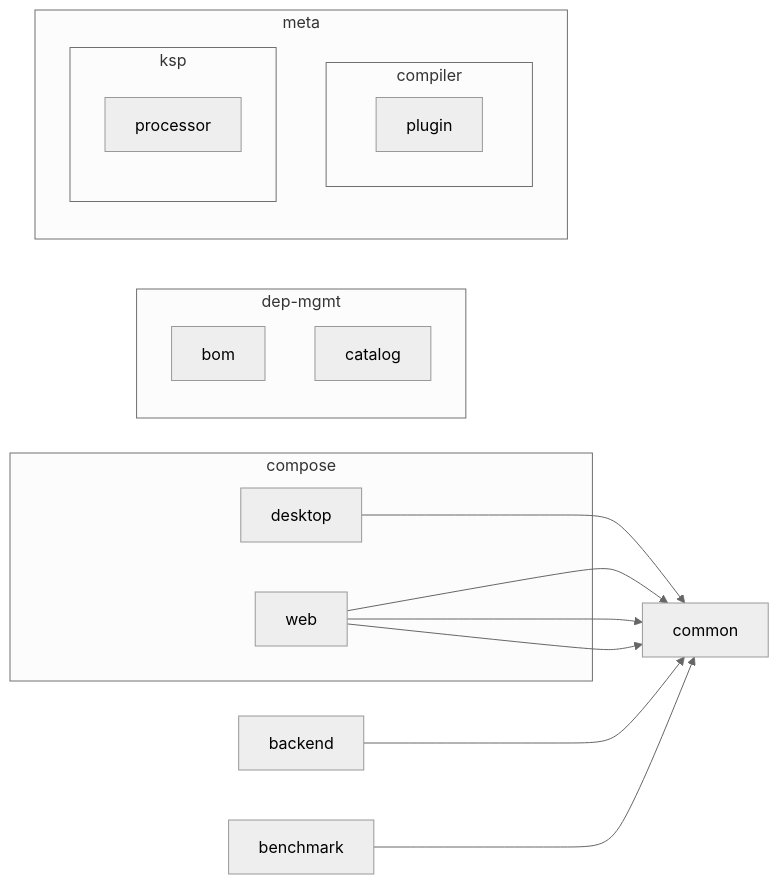
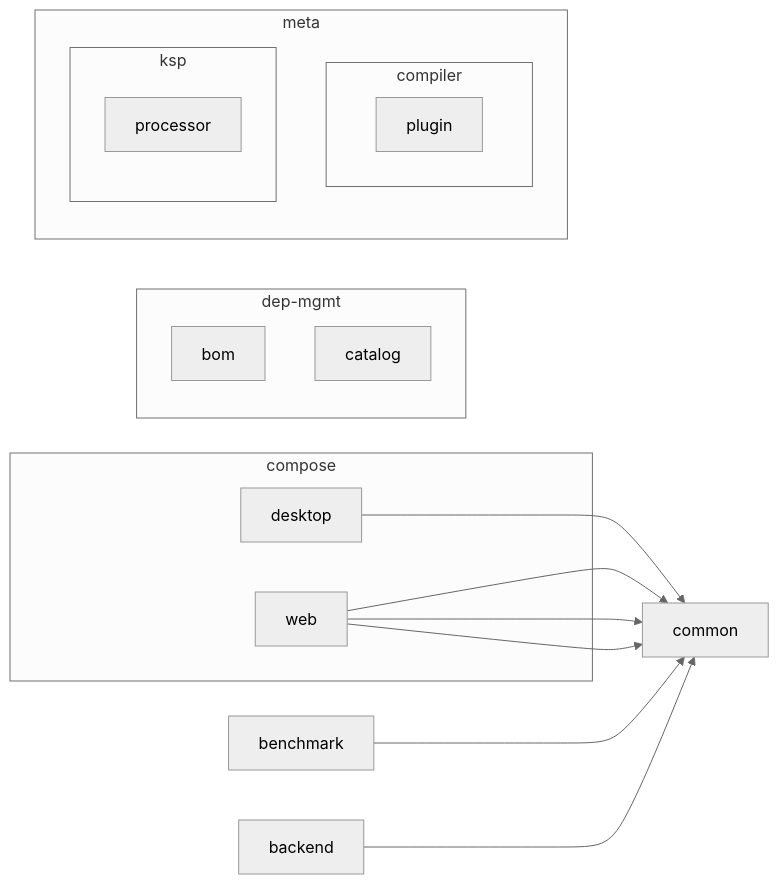
Before and after one commit to sureshg/kotlin-mpp-playground: the diagram in README.md, drawn with Mermaid. The commit also changed other lines of this file and 8 other files, not shown here.

````diff
--- a/README.md
+++ b/README.md
@@ -125,37 +125,37 @@
 ```mermaid
 %%{
   init: {
     'theme': 'neutral'
   }
 }%%
 
 graph LR
 
   subgraph compose
     desktop
     web
   end
   subgraph dep-mgmt
     bom
     catalog
   end
   subgraph meta
     compiler
     ksp
   end
   subgraph compiler
     compiler
     plugin
   end
   subgraph ksp
     ksp
     processor
   end
+  benchmark --> common
   web --> common
   web --> common
   desktop --> common
   backend --> common
   web --> common
-  benchmark --> common
 
 ```
````
